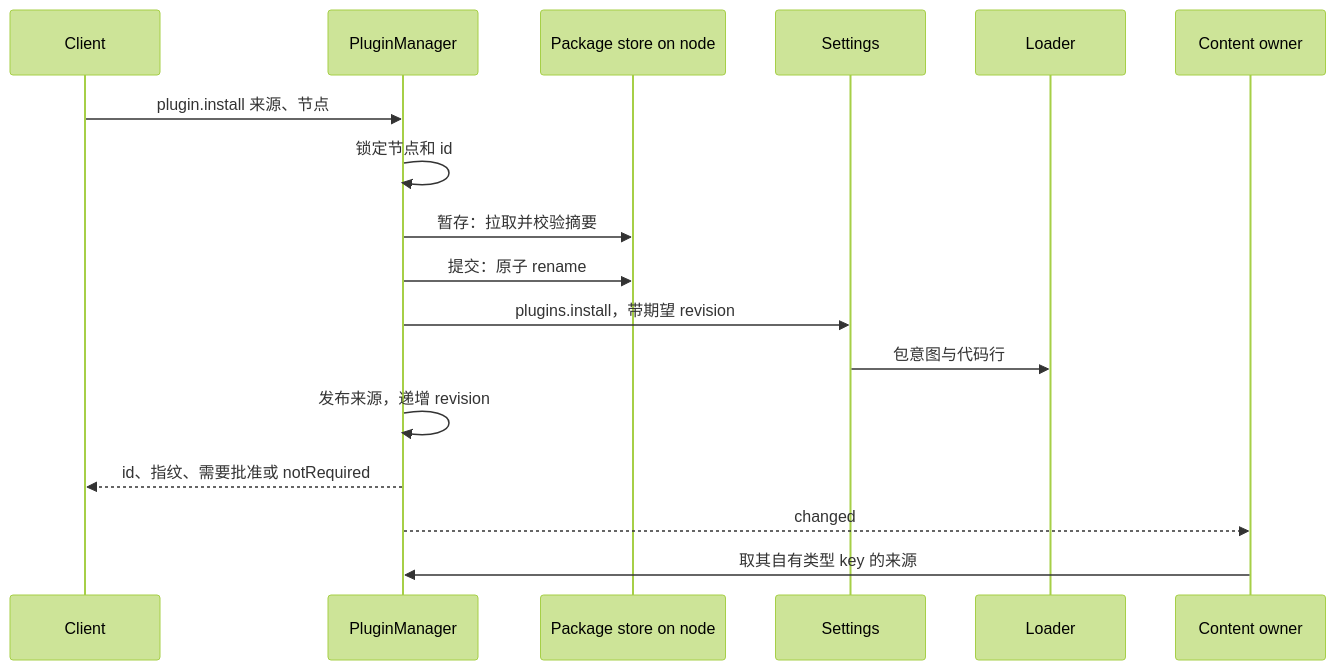
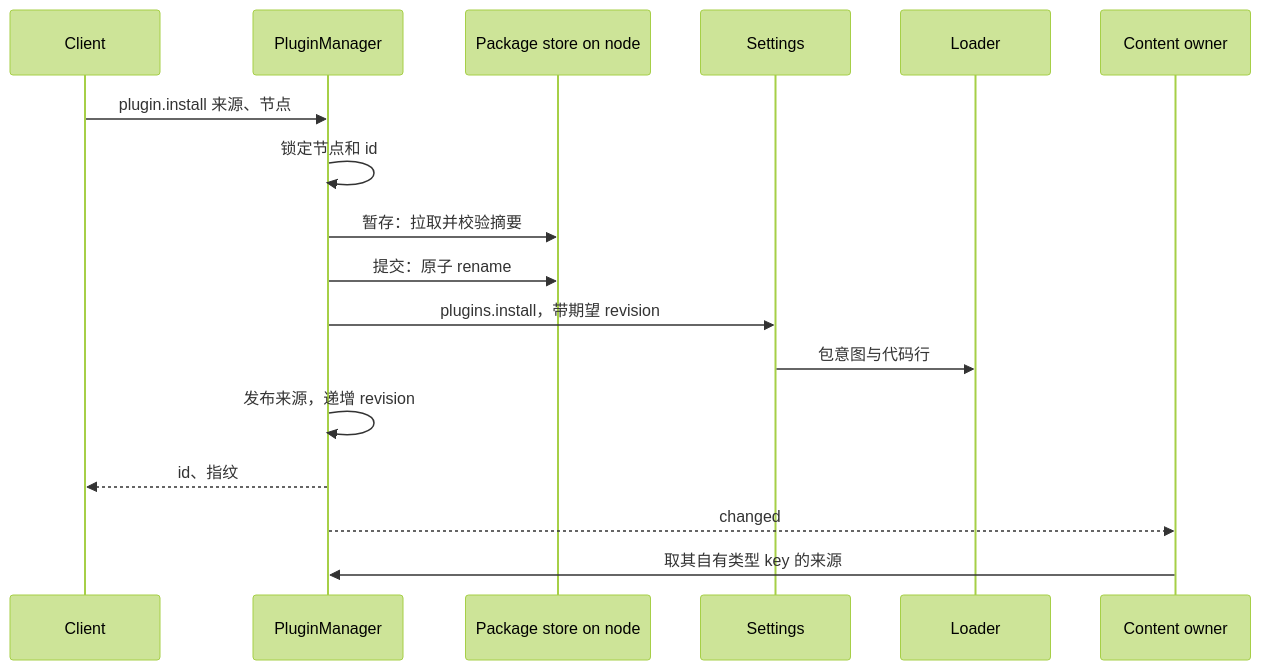
Before and after one commit to CoutinhoTTS/dim-agent: the third of 6 diagrams in docs/zh/design/plugins/PluginManager.md, drawn with Mermaid (forest theme). The commit also changed other lines of this file and 40 other files, not shown here.

````diff
--- a/docs/zh/design/plugins/PluginManager.md
+++ b/docs/zh/design/plugins/PluginManager.md
@@ -71,19 +66,19 @@
 ```mermaid
 sequenceDiagram
   participant C as Client
   participant PM as PluginManager
   participant PS as Package store on node
   participant S as Settings
   participant L as Loader
   participant O as Content owner
   C->>PM: plugin.install 来源、节点
   PM->>PM: 锁定节点和 id
   PM->>PS: 暂存：拉取并校验摘要
   PM->>PS: 提交：原子 rename
   PM->>S: plugins.install，带期望 revision
   S->>L: 包意图与代码行
   PM->>PM: 发布来源，递增 revision
-  PM-->>C: id、指纹、需要批准或 notRequired
+  PM-->>C: id、指纹
   PM-->>O: changed
   O->>PM: 取其自有类型 key 的来源
 ```
````
